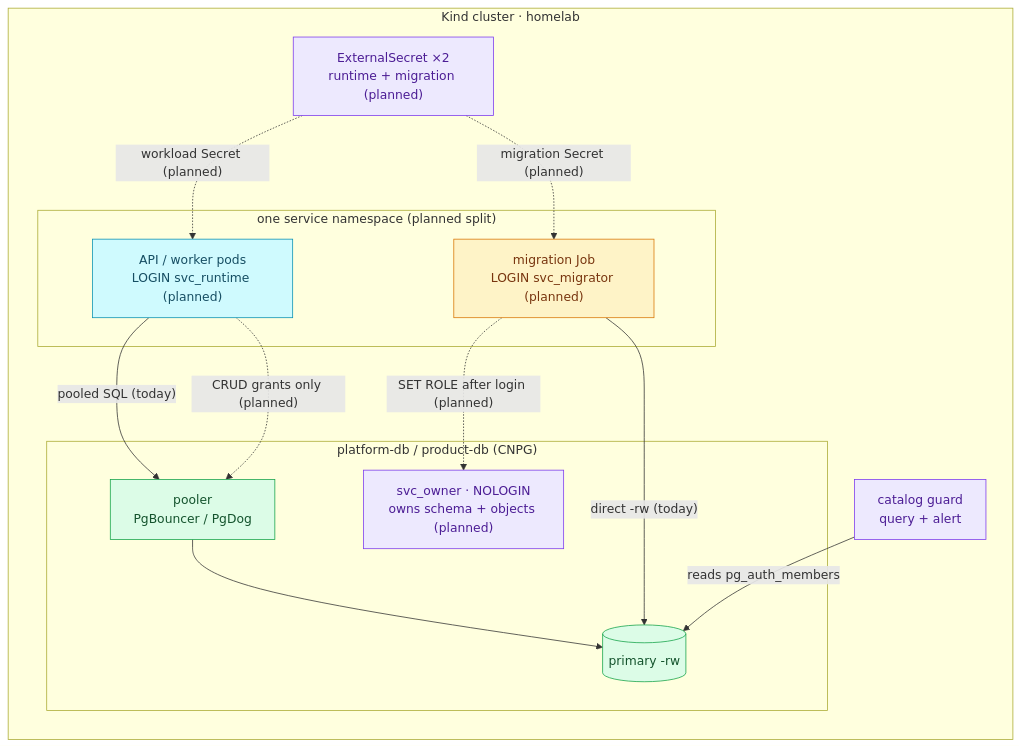
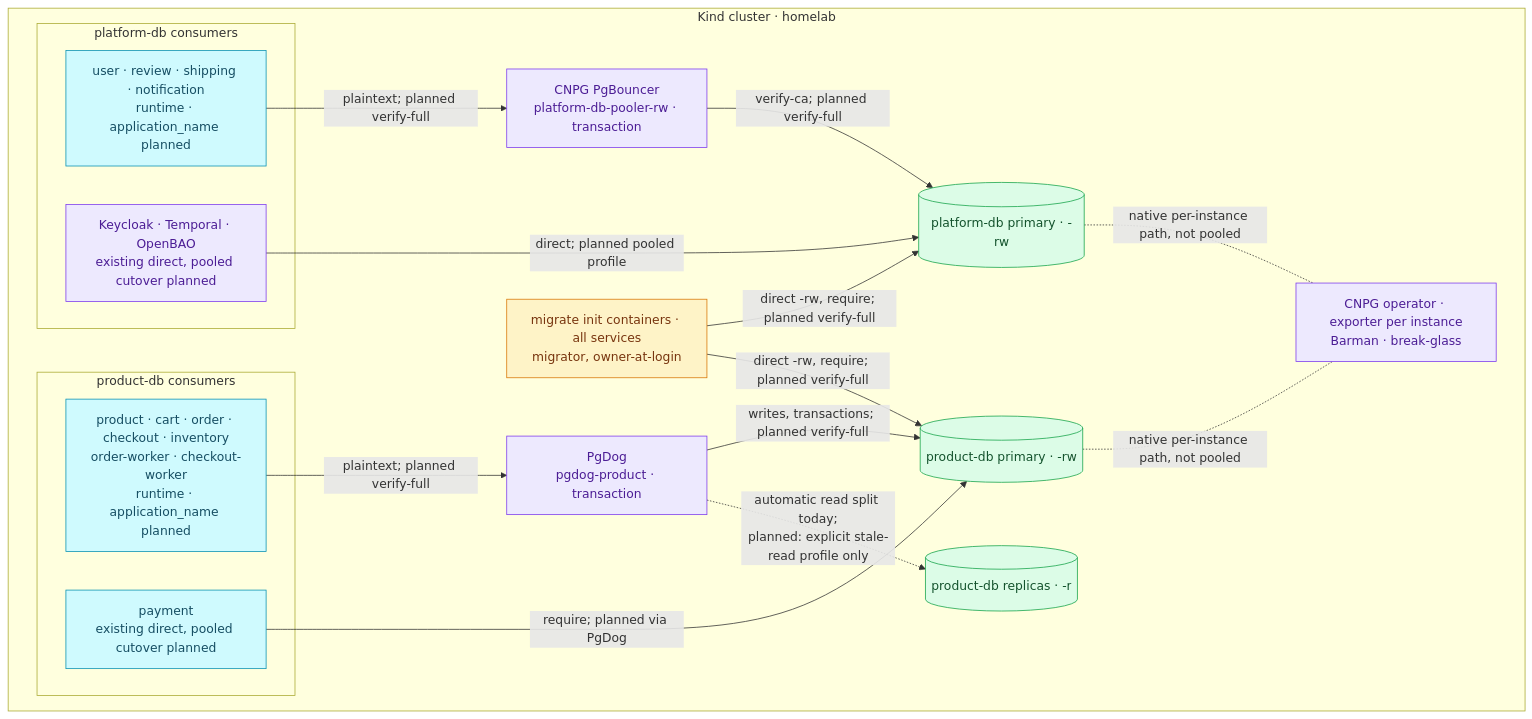
One commit to duynhlab/homelab changed the diagram in docs/proposals/rfc/RFC-0029/README.md. Above: the diagram before and after it, drawn with Mermaid. The commit also changed other lines of this file and 9 other files, not shown here.

````diff
--- a/docs/proposals/rfc/RFC-0029/README.md
+++ b/docs/proposals/rfc/RFC-0029/README.md
@@ -166,29 +185,37 @@
 ```mermaid
-flowchart LR
+flowchart TB
     subgraph cluster["Kind cluster · homelab"]
-        subgraph svc["one service namespace (planned split)"]
-            job["migration Job<br/>LOGIN svc_migrator (planned)"]:::worker
-            api["API / worker pods<br/>LOGIN svc_runtime (planned)"]:::service
+        subgraph prod["product-db consumers"]
+            pay["payment<br/>existing direct, pooled cutover planned"]:::service
+            prapi["product · cart · order · checkout · inventory<br/>order-worker · checkout-worker<br/>runtime · application_name planned"]:::service
         end
-        subgraph data["platform-db / product-db (CNPG)"]
-            pooler["pooler<br/>PgBouncer / PgDog"]:::data
-            primary[("primary -rw")]:::data
-            owner["svc_owner · NOLOGIN<br/>owns schema + objects (planned)"]:::platform
+        mig["migrate init containers · all services<br/>migrator, owner-at-login"]:::worker
+        subgraph plat["platform-db consumers"]
+            papi["user · review · shipping · notification<br/>runtime · application_name planned"]:::service
+            pdirect["Keycloak · Temporal · OpenBAO<br/>existing direct, pooled cutover planned"]:::platform
         end
-        eso["ExternalSecret ×2<br/>runtime + migration (planned)"]:::platform
-        guard["catalog guard<br/>query + alert"]:::platform
+        pgd["PgDog<br/>pgdog-product · transaction"]:::platform
+        pgb["CNPG PgBouncer<br/>platform-db-pooler-rw · transaction"]:::platform
+        rrep[("product-db replicas · -r")]:::data
+        rprim[("product-db primary · -rw")]:::data
+        pprim[("platform-db primary · -rw")]:::data
+        ops["CNPG operator · exporter per instance<br/>Barman · break-glass"]:::platform
     end
 
-    eso -. "workload Secret (planned)" .-> api
-    eso -. "migration Secret (planned)" .-> job
-    api -->|"pooled SQL (today)"| pooler --> primary
-    api -. "CRUD grants only (planned)" .-> pooler
-    job -->|"direct -rw (today)"| primary
-    job -. "SET ROLE after login (planned)" .-> owner
-    guard -->|"reads pg_auth_members"| primary
+    papi -->|"plaintext; planned verify-full"| pgb
+    pgb -->|"verify-ca; planned verify-full"| pprim
+    prapi -->|"plaintext; planned verify-full"| pgd
+    pgd -->|"writes, transactions; planned verify-full"| rprim
+    pgd -. "automatic read split today;<br/>planned: explicit stale-read profile only" .-> rrep
+    pay -->|"require; planned via PgDog"| rprim
+    pdirect -->|"direct; planned pooled profile"| pprim
+    mig -->|"direct -rw, require; planned verify-full"| pprim
+    mig -->|"direct -rw, require; planned verify-full"| rprim
+    rprim -. "native per-instance path, not pooled" .- ops
+    pprim -. "native per-instance path, not pooled" .- ops
 
     classDef service fill:#cffafe,color:#164e63,stroke:#0891b2;
     classDef worker fill:#fef3c7,color:#78350f,stroke:#d97706;
     classDef platform fill:#ede9fe,color:#4c1d95,stroke:#7c3aed;
     classDef data fill:#dcfce7,color:#14532d,stroke:#16a34a;
 ```
````
